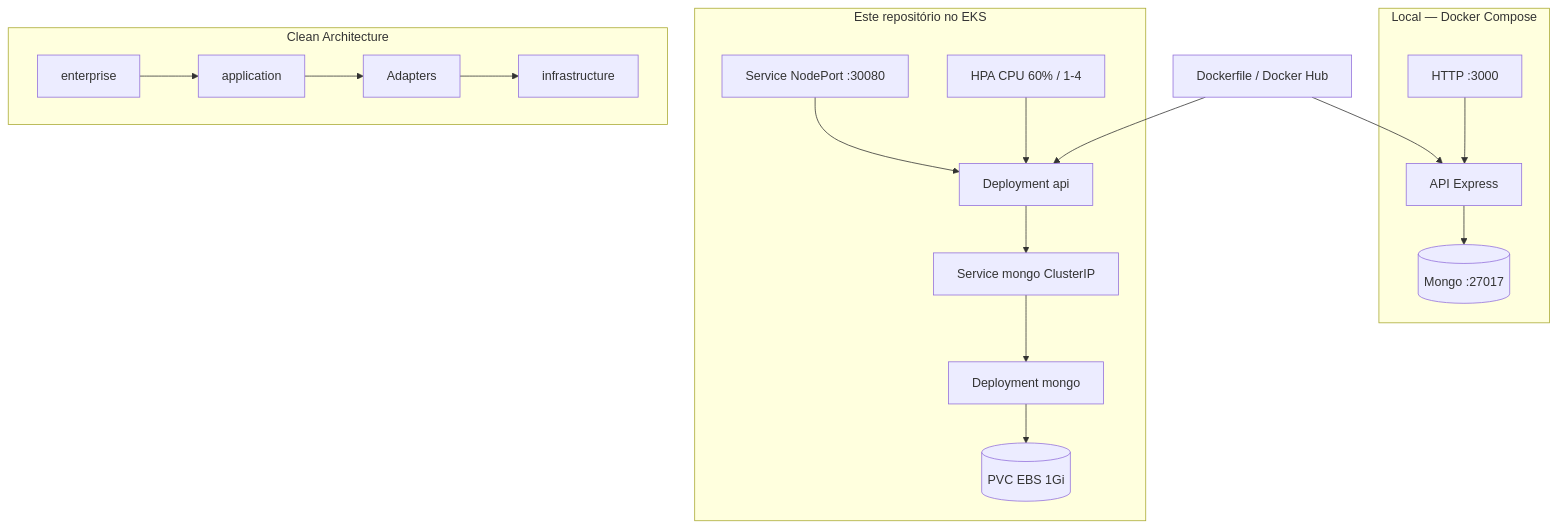
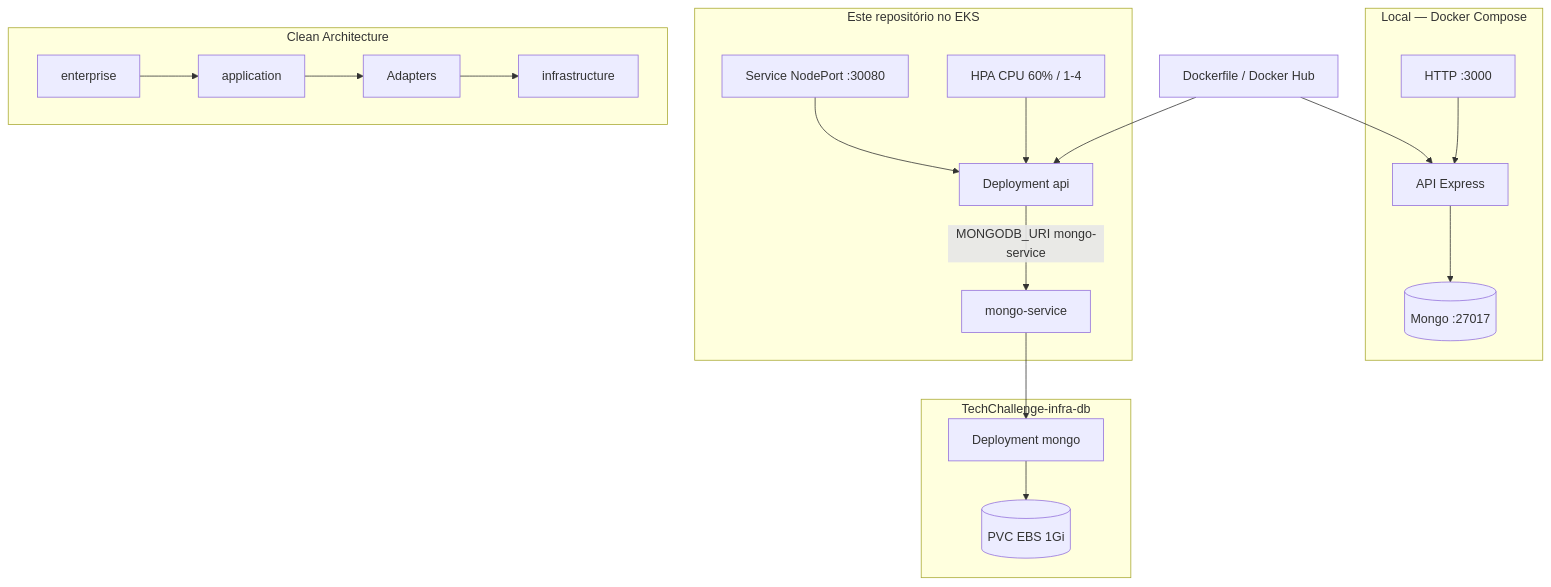
One commit to RuannGodinho/TechChallenge-Fiap changed the diagram in README.md. Above: the diagram before and after it, drawn with Mermaid. The commit also changed other lines of this file and 12 other files, not shown here.

First line of the commit message:
Stop deploying Mongo from this repo; wait for infra-db on EKS.

````diff
--- a/README.md
+++ b/README.md
@@ -36,24 +36,27 @@
 ```mermaid
 flowchart TB
   subgraph local [Local — Docker Compose]
     Dev[HTTP :3000] --> ApiLocal[API Express]
     ApiLocal --> MongoLocal[(Mongo :27017)]
   end
 
   subgraph thisrepo [Este repositório no EKS]
     NP[Service NodePort :30080] --> ApiPod[Deployment api]
     HPA[HPA CPU 60% / 1-4] --> ApiPod
-    ApiPod --> MongoSvc[Service mongo ClusterIP]
+    ApiPod -->|MONGODB_URI mongo-service| MongoSvc[mongo-service]
+  end
+
+  subgraph dbrepo [TechChallenge-infra-db]
     MongoSvc --> MongoPod[Deployment mongo]
     MongoPod --> PVC[(PVC EBS 1Gi)]
   end
 
   subgraph layers [Clean Architecture]
     Ent[enterprise] --> App[application]
     App --> Adp[Adapters]
     Adp --> Inf[infrastructure]
   end
 
   Img[Dockerfile / Docker Hub] --> ApiLocal
   Img --> ApiPod
 ```
````
